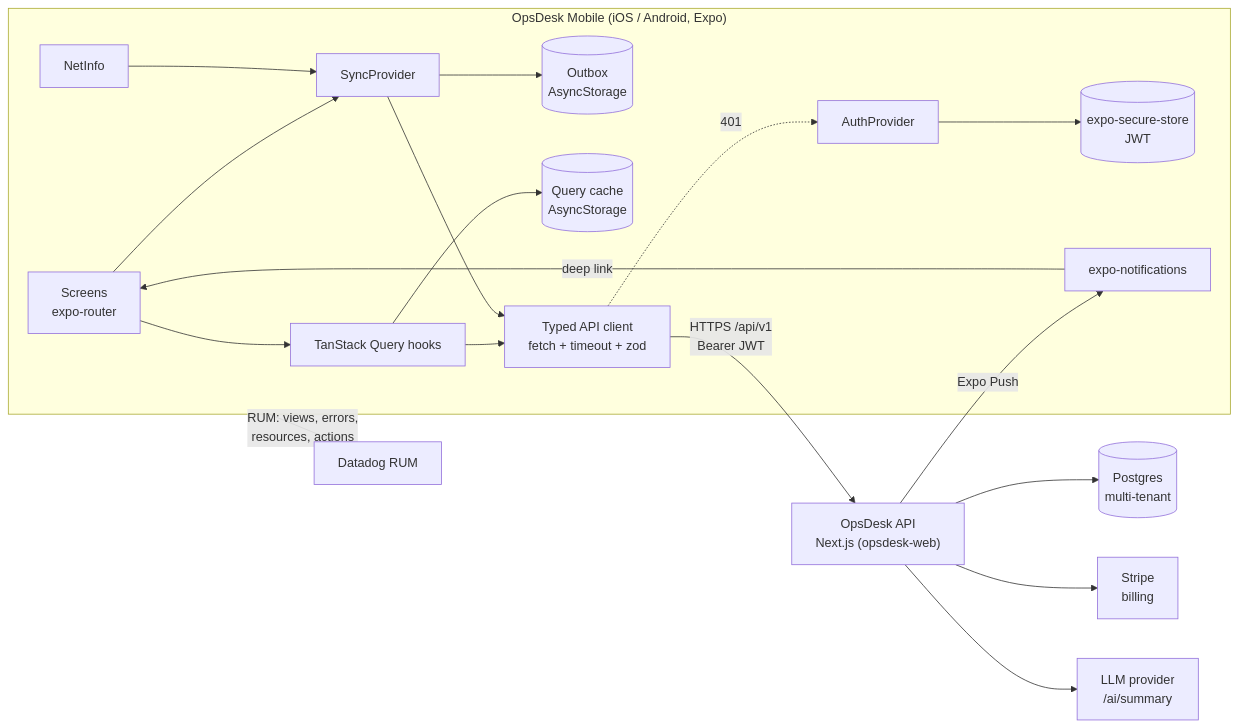
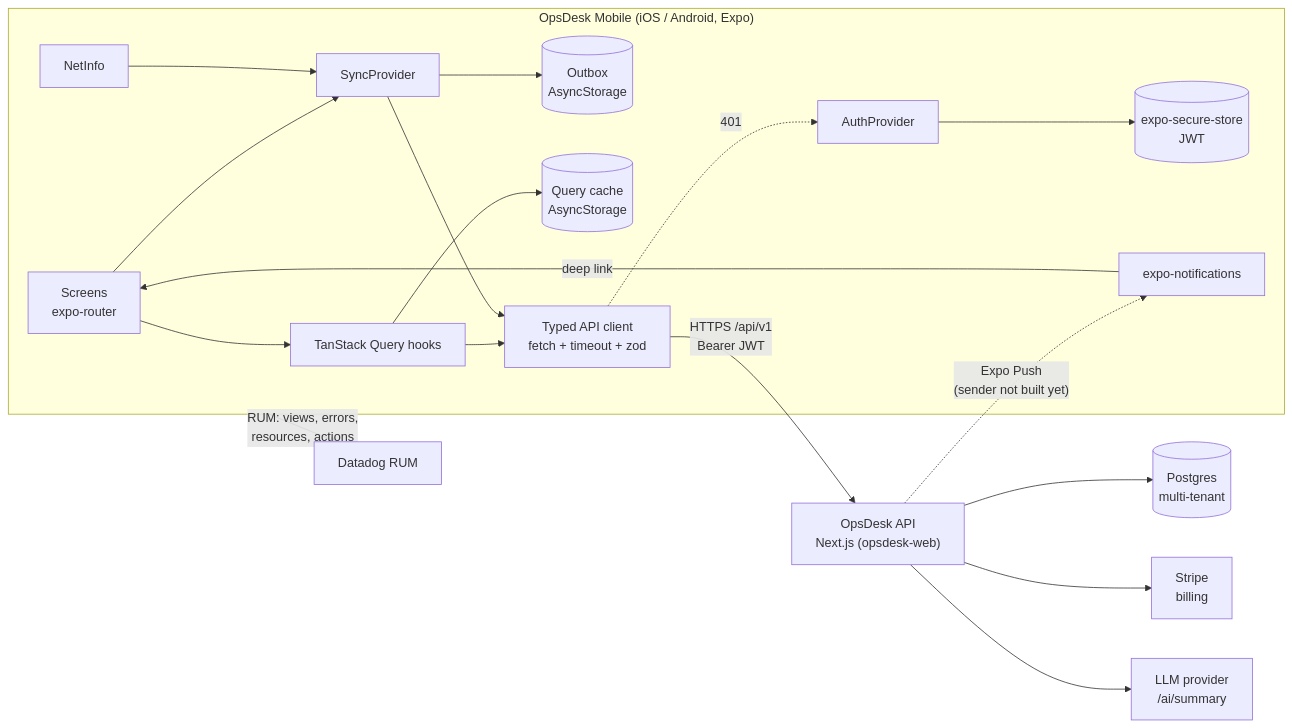
One commit to ranazaid/opsdesk-mobile changed the diagram in README.md. Above: the diagram before and after it, drawn with Mermaid. The commit also changed other lines of this file and 6 other files, not shown here.

````diff
--- a/README.md
+++ b/README.md
@@ -48,22 +51,22 @@
 ```mermaid
 flowchart LR
   subgraph Device["OpsDesk Mobile (iOS / Android, Expo)"]
     UI["Screens<br/>expo-router"] --> Hooks["TanStack Query hooks"]
     UI --> Sync["SyncProvider"]
     Sync --> Outbox[("Outbox<br/>AsyncStorage")]
     Hooks --> Cache[("Query cache<br/>AsyncStorage")]
     Hooks --> Client["Typed API client<br/>fetch + timeout + zod"]
     Sync --> Client
     Auth["AuthProvider"] --> Secure[("expo-secure-store<br/>JWT")]
     Client -. "401" .-> Auth
     Net["NetInfo"] --> Sync
     Push["expo-notifications"] -->|deep link| UI
   end
 
   Client -->|"HTTPS /api/v1<br/>Bearer JWT"| API["OpsDesk API<br/>Next.js (opsdesk-web)"]
   API --> PG[("Postgres<br/>multi-tenant")]
   API --> Stripe["Stripe<br/>billing"]
   API --> LLM["LLM provider<br/>/ai/summary"]
-  API -->|"Expo Push"| Push
+  API -.->|"Expo Push<br/>(sender not built yet)"| Push
   Device -->|"RUM: views, errors,<br/>resources, actions"| DD["Datadog RUM"]
 ```
````
